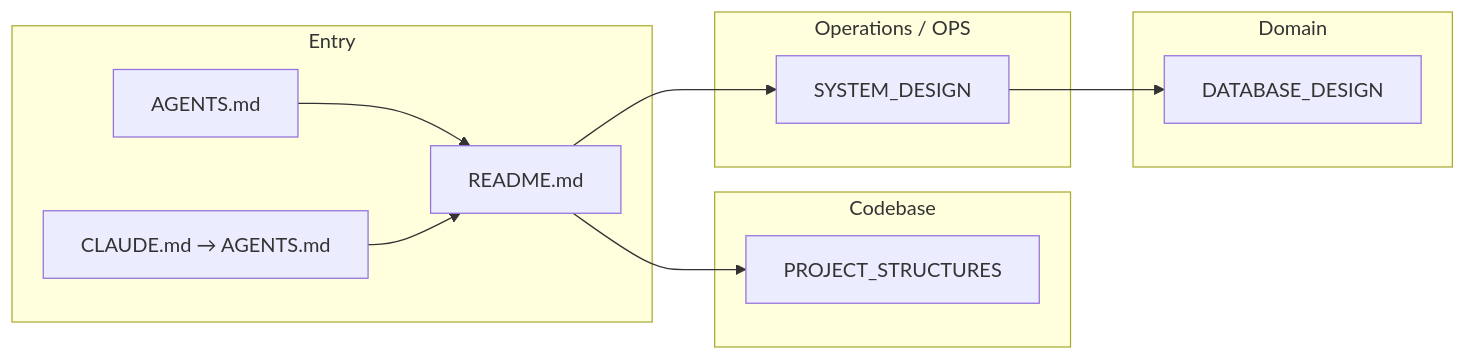
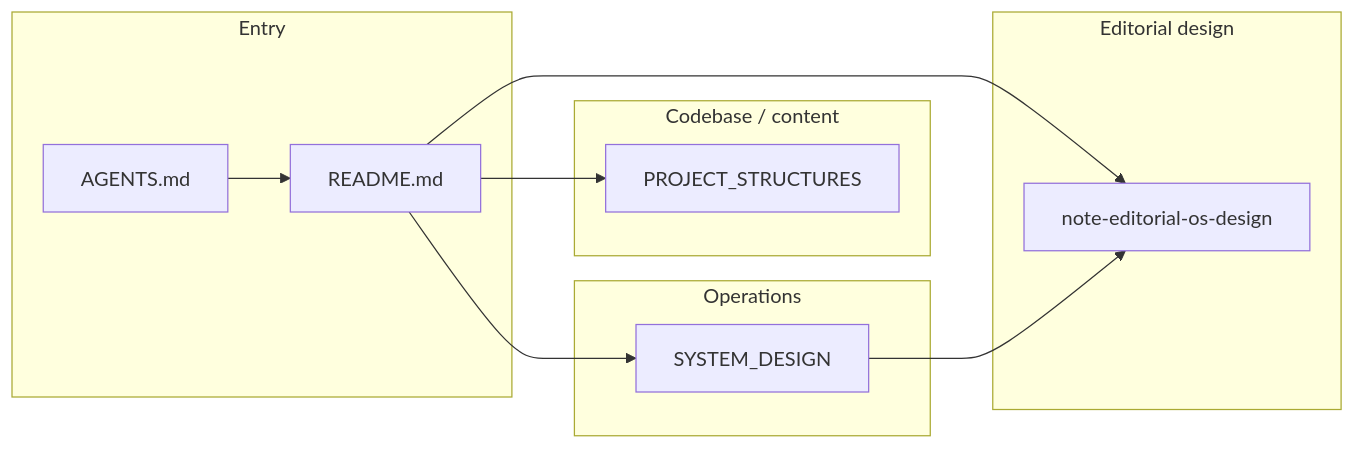
The diagram in docs/README.md (lunaxoniichan/notebook), drawn with Mermaid before and after one commit. The commit also changed other lines of this file and 31 other files, not shown here.

````diff
--- a/docs/README.md
+++ b/docs/README.md
@@ -9,26 +7,25 @@
 ```mermaid
 flowchart LR
   subgraph entry["Entry"]
     A[AGENTS.md]
-    C["CLAUDE.md → AGENTS.md"]
     I[README.md]
   end
 
-  subgraph code["Codebase"]
+  subgraph code["Codebase / content"]
     PS[PROJECT_STRUCTURES]
   end
 
-  subgraph ops["Operations / OPS"]
+  subgraph ops["Operations"]
     SD[SYSTEM_DESIGN]
   end
 
-  subgraph domain["Domain"]
-    DB[DATABASE_DESIGN]
+  subgraph editorial["Editorial design"]
+    SP[note-editorial-os-design]
   end
 
   A --> I
-  C --> I
   I --> PS
   I --> SD
-  SD --> DB
+  I --> SP
+  SD --> SP
 ```
````
